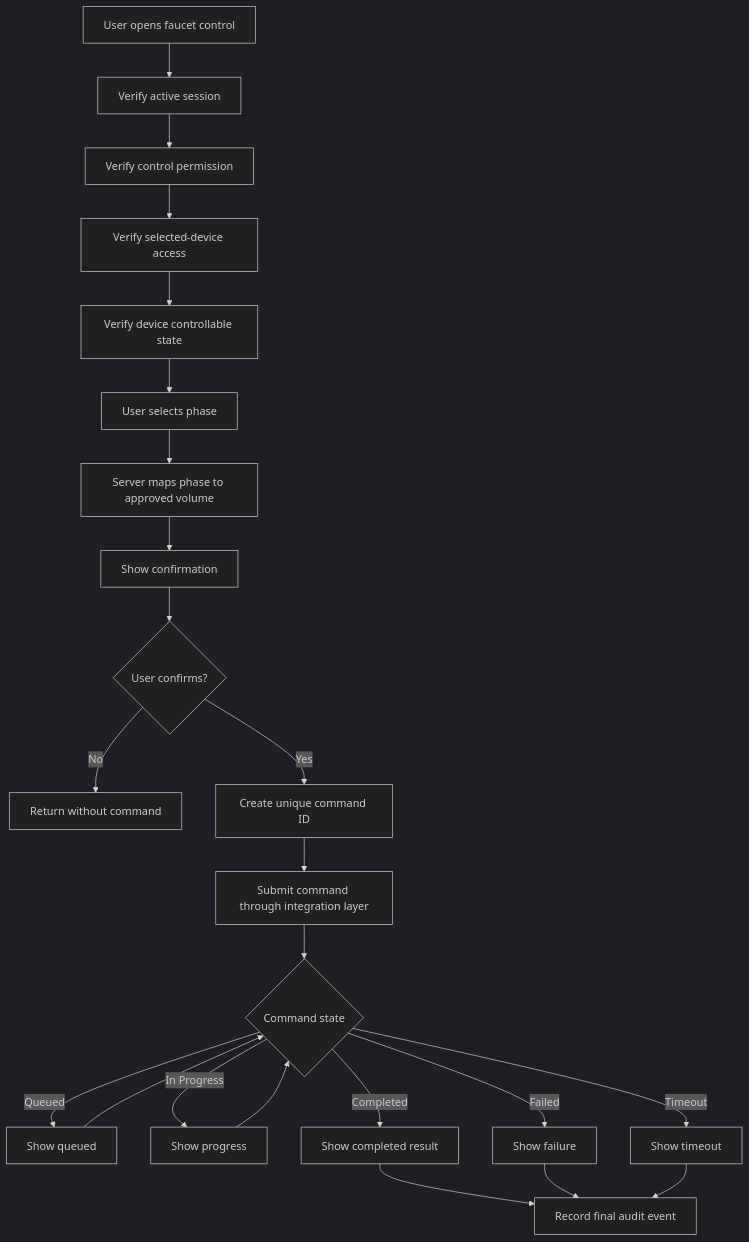
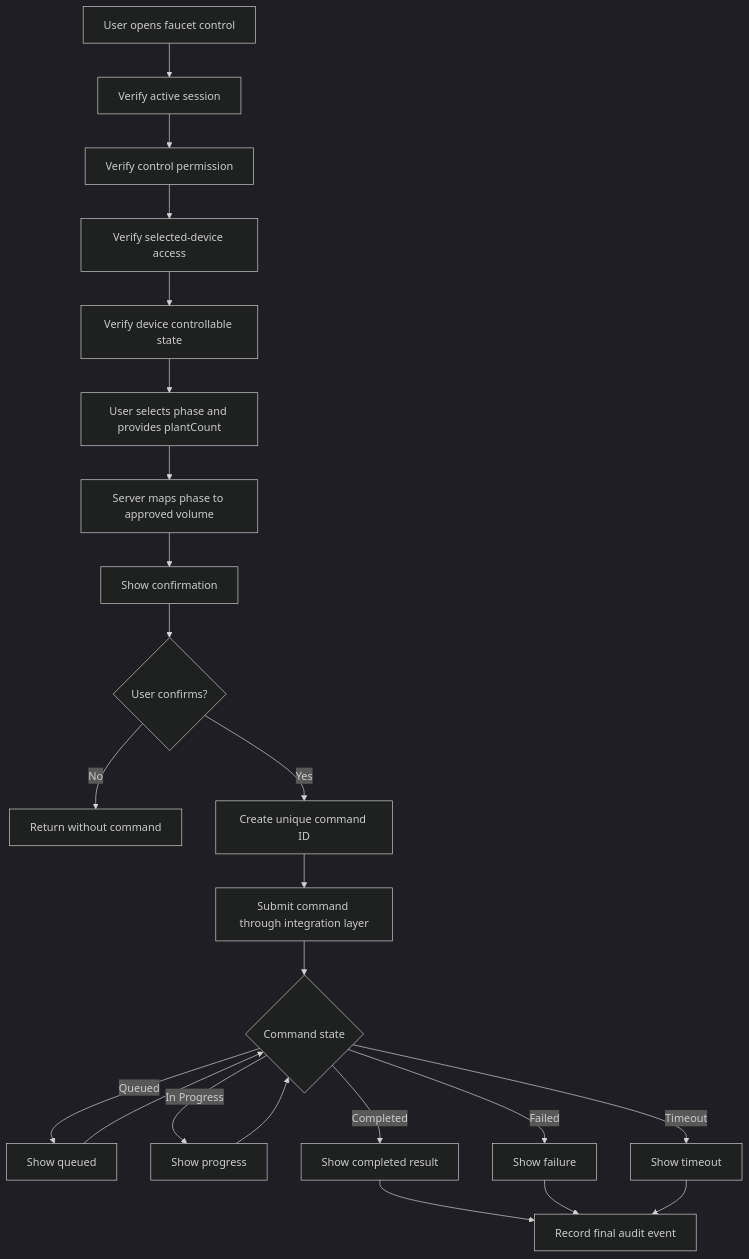
Before and after one commit to Hugo141132/Melon: the fifth of 6 diagrams in docs/USER_FLOWS.md, drawn with Mermaid (dark theme). The commit also changed other lines of this file and 16 other files, not shown here.

````diff
--- a/docs/USER_FLOWS.md
+++ b/docs/USER_FLOWS.md
@@ -168,25 +168,25 @@
 ```mermaid
 flowchart TD
     A[User opens faucet control] --> B[Verify active session]
     B --> C[Verify control permission]
     C --> D[Verify selected-device access]
     D --> E[Verify device controllable state]
-    E --> F[User selects phase]
+    E --> F[User selects phase and provides plantCount]
     F --> G[Server maps phase to approved volume]
     G --> H[Show confirmation]
     H --> I{User confirms?}
     I -- No --> J[Return without command]
     I -- Yes --> K[Create unique command ID]
     K --> L[Submit command through integration layer]
     L --> M{Command state}
     M -- Queued --> N[Show queued]
     M -- In Progress --> O[Show progress]
     M -- Completed --> P[Show completed result]
     M -- Failed --> Q[Show failure]
     M -- Timeout --> R[Show timeout]
     N --> M
     O --> M
     P --> S[Record final audit event]
     Q --> S
     R --> S
 ```
````
